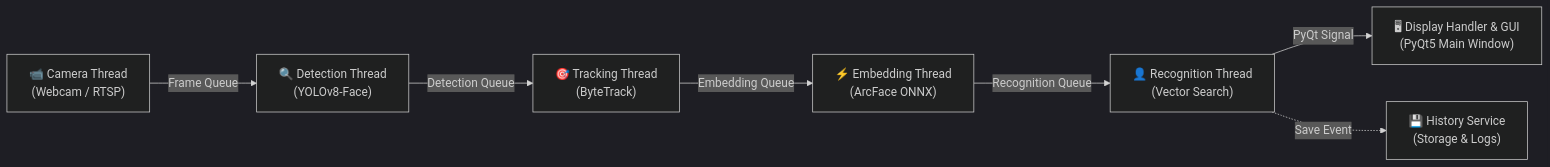
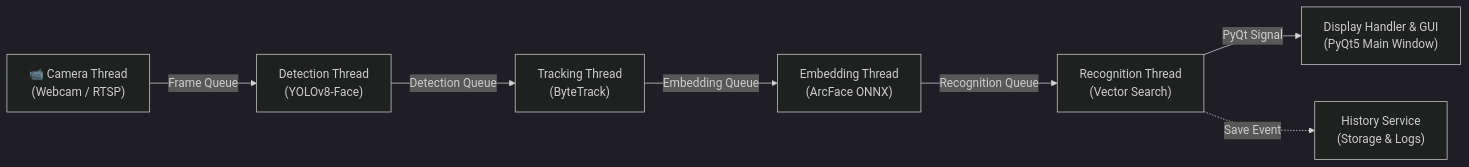
One commit to tuanhm2112/face-recognition-system changed the diagram in README.md. Above: the diagram before and after it, drawn with Mermaid (dark theme). The commit also changed other lines of this file, not shown here.

````diff
--- a/README.md
+++ b/README.md
@@ -30,9 +30,9 @@
 ```mermaid
 flowchart LR
-    A["📹 Camera Thread<br/>(Webcam / RTSP)"] -->|Frame Queue| B["🔍 Detection Thread<br/>(YOLOv8-Face)"]
-    B -->|Detection Queue| C["🎯 Tracking Thread<br/>(ByteTrack)"]
-    C -->|Embedding Queue| D["⚡ Embedding Thread<br/>(ArcFace ONNX)"]
-    D -->|Recognition Queue| E["👤 Recognition Thread<br/>(Vector Search)"]
-    E -->|PyQt Signal| F["🖥 Display Handler & GUI<br/>(PyQt5 Main Window)"]
-    E -.->|Save Event| G["💾 History Service<br/>(Storage & Logs)"]
+    A["📹 Camera Thread<br/>(Webcam / RTSP)"] -->|Frame Queue| B["Detection Thread<br/>(YOLOv8-Face)"]
+    B -->|Detection Queue| C["Tracking Thread<br/>(ByteTrack)"]
+    C -->|Embedding Queue| D["Embedding Thread<br/>(ArcFace ONNX)"]
+    D -->|Recognition Queue| E["Recognition Thread<br/>(Vector Search)"]
+    E -->|PyQt Signal| F["Display Handler & GUI<br/>(PyQt5 Main Window)"]
+    E -.->|Save Event| G["History Service<br/>(Storage & Logs)"]
 ```
````
